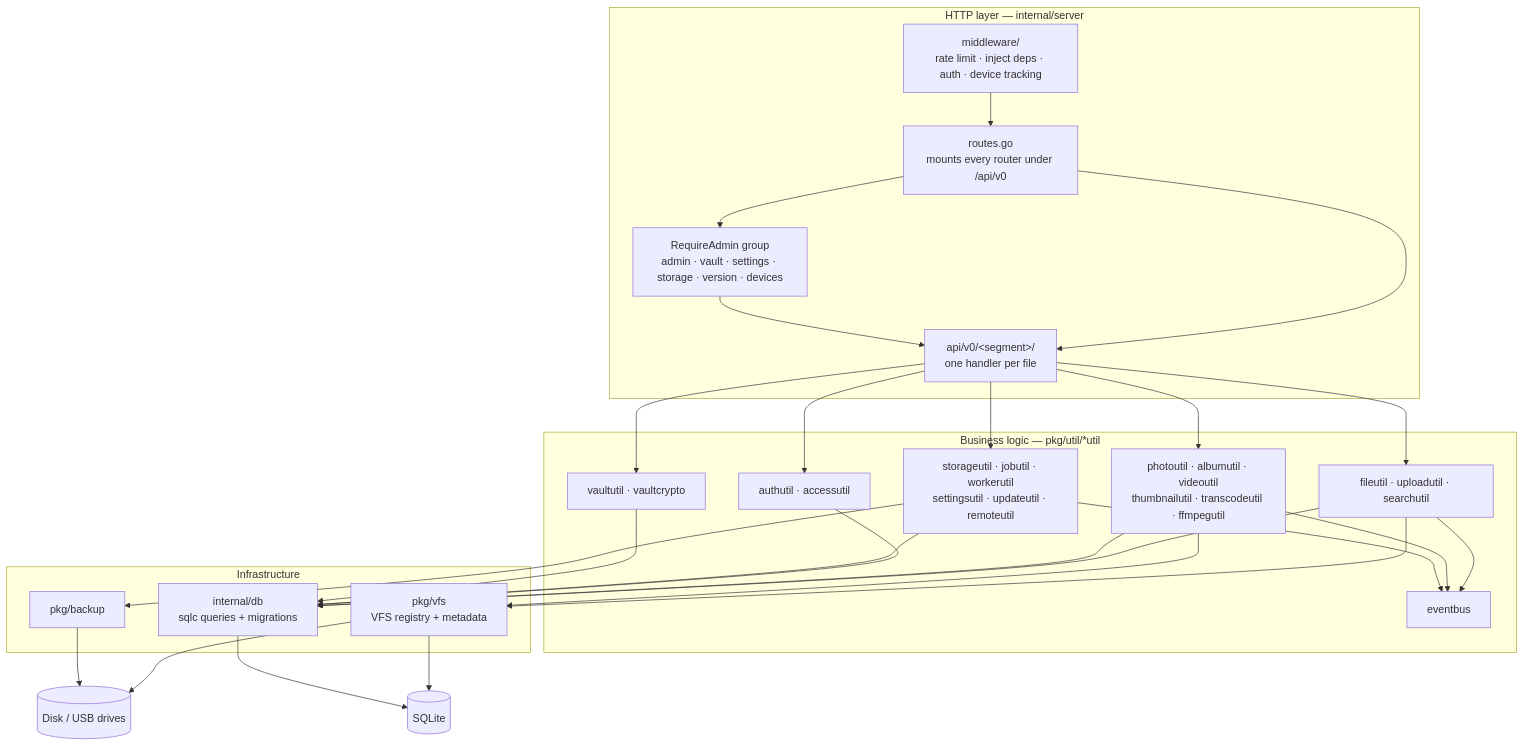
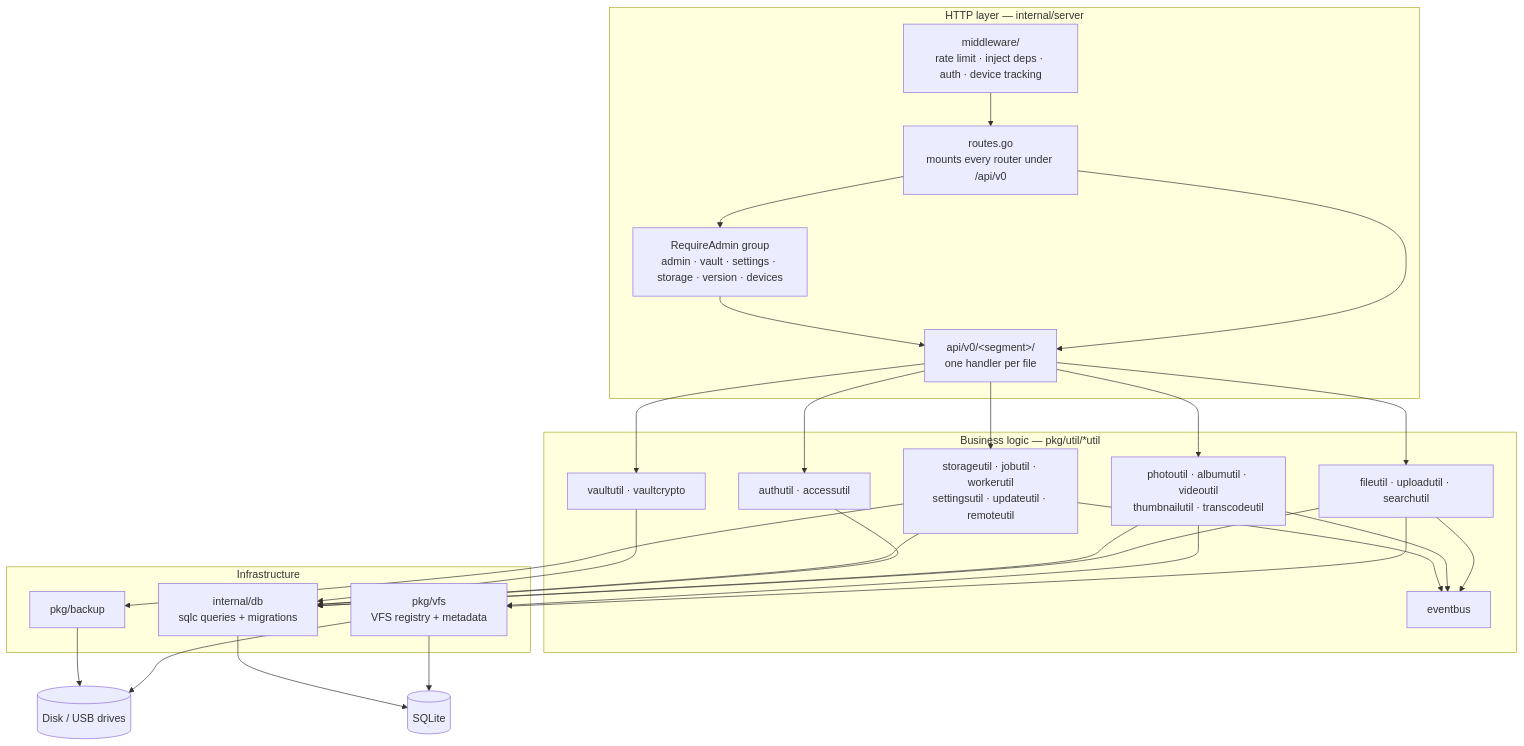
One commit to autobutler-org/quark changed the first of 4 diagrams in docs/architecture/backend.md. Above: the diagram before and after it, drawn with Mermaid. The commit also changed 37 other files, not shown here.

````diff
--- a/docs/architecture/backend.md
+++ b/docs/architecture/backend.md
@@ -8,39 +8,39 @@
 ```mermaid
 flowchart TB
     subgraph http["HTTP layer — internal/server"]
         mw["middleware/<br/>rate limit · inject deps · auth · device tracking"]
         routes["routes.go<br/>mounts every router under /api/v0"]
         handlers["api/v0/&lt;segment&gt;/<br/>one handler per file"]
         admin["RequireAdmin group<br/>admin · vault · settings · storage · version · devices"]
     end
 
     subgraph logic["Business logic — pkg/util/*util"]
         files["fileutil · uploadutil · searchutil"]
-        media["photoutil · albumutil · videoutil<br/>thumbnailutil · transcodeutil · ffmpegutil"]
+        media["photoutil · albumutil · videoutil<br/>thumbnailutil · transcodeutil"]
         auth["authutil · accessutil"]
         ops["storageutil · jobutil · workerutil<br/>settingsutil · updateutil · remoteutil"]
         vault["vaultutil · vaultcrypto"]
         bus["eventbus"]
     end
 
     subgraph infra["Infrastructure"]
         vfs["pkg/vfs<br/>VFS registry + metadata"]
         db["internal/db<br/>sqlc queries + migrations"]
         backup["pkg/backup"]
     end
 
     disk[("Disk / USB drives")]
     sqlite[("SQLite")]
 
     mw --> routes --> handlers
     routes --> admin --> handlers
     handlers --> files & media & auth & ops & vault
     files & media --> vfs
     files & media & auth & ops & vault --> db
     ops --> backup
     files & media & ops --> bus
     vfs --> disk
     vfs --> sqlite
     db --> sqlite
     backup --> disk
 ```
````
